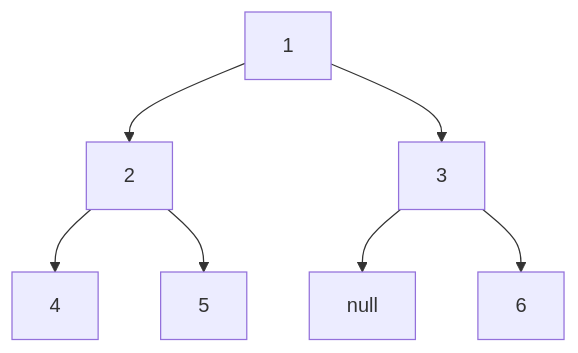
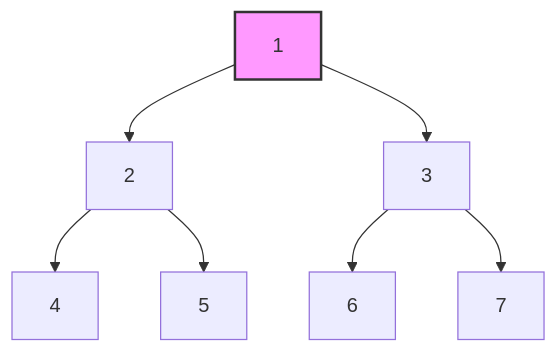
The fourth of 7 diagrams in src/modules/algorithm/seed/algorithms/binary-tree-compare/lessons/002_understanding_binary_trees.md (ClaudiuBogdan/musclecode-backend-main-service), drawn with Mermaid before and after one commit. The commit also changed other lines of this file and 90 other files, not shown here.

````diff
--- a/src/modules/algorithm/seed/algorithms/binary-tree-compare/lessons/002_understanding_binary_trees.md
+++ b/src/modules/algorithm/seed/algorithms/binary-tree-compare/lessons/002_understanding_binary_trees.md
@@ -65,9 +83,11 @@
-```mermaid
-graph TD;
-    A[1] --> B[2]
-    A --> C[3]
-    B --> D[4]
-    B --> E[5]
-    C --> F[null]
-    C --> G[6]
-```
+   ```mermaid
+   graph TD;
+       A[1] --> B[2]
+       A --> C[3]
+       B --> D[4]
+       B --> E[5]
+       C --> F[6]
+       C --> G[7]
+       
+       style A fill:#f9f,stroke:#333,stroke-width:2px
+   ```
````
